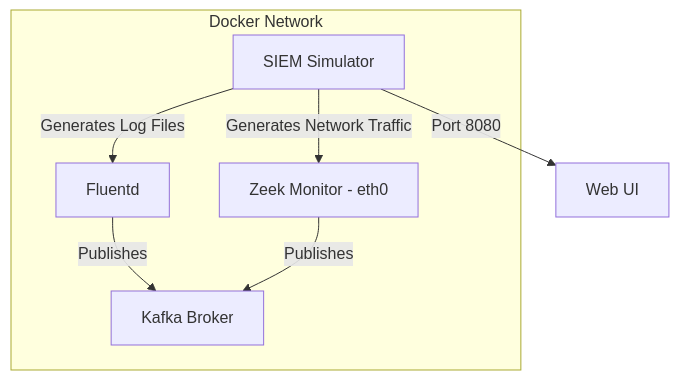
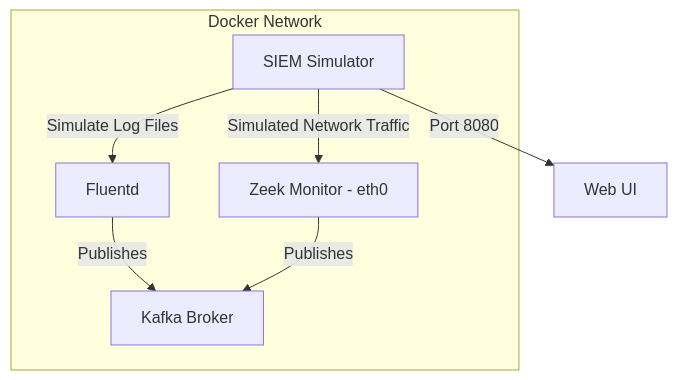
One commit to snowch/vastdata_siem_demo changed the diagram in README.md. Above: the diagram before and after it, drawn with Mermaid.

````diff
--- a/README.md
+++ b/README.md
@@ -13,16 +13,16 @@
 ```mermaid
 graph TD
     subgraph "Docker Network"
         Z[Zeek Monitor - eth0]
         S[SIEM Simulator]
         F[Fluentd]
-        S -- Generates Log Files --> F
+        S -- Simulate Log Files --> F
         F -- Publishes --> K
         Z -- Publishes --> K
-        S -- Generates Network Traffic --> Z
+        S -- Simulated Network Traffic --> Z
     end
     W[Web UI]
     K[Kafka Broker]
 
     S -- Port 8080 --> W
 ```
````
